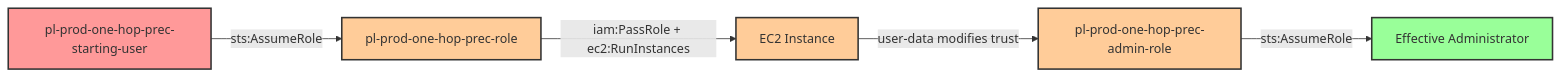
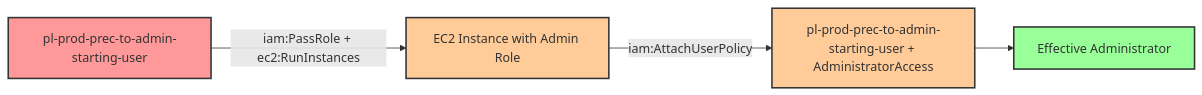
Before and after one commit to DataDog/pathfinding-labs: the diagram in modules/scenarios/single-account/privesc-one-hop/to-admin/iam-passrole+ec2-runinstances/README.md, drawn with Mermaid. The commit also changed other lines of this file and 127 other files, not shown here.

````diff
--- a/modules/scenarios/single-account/privesc-one-hop/to-admin/iam-passrole+ec2-runinstances/README.md
+++ b/modules/scenarios/single-account/privesc-one-hop/to-admin/iam-passrole+ec2-runinstances/README.md
@@ -23,13 +26,11 @@
 ```mermaid
 graph LR
-    A[pl-prod-one-hop-prec-starting-user] -->|sts:AssumeRole| B[pl-prod-one-hop-prec-role]
-    B -->|iam:PassRole + ec2:RunInstances| C[EC2 Instance]
-    C -->|user-data modifies trust| D[pl-prod-one-hop-prec-admin-role]
-    D -->|sts:AssumeRole| E[Effective Administrator]
+    A[pl-prod-prec-to-admin-starting-user] -->|iam:PassRole + ec2:RunInstances| B[EC2 Instance with Admin Role]
+    B -->|iam:AttachUserPolicy| C[pl-prod-prec-to-admin-starting-user + AdministratorAccess]
+    C --> D[Effective Administrator]
 
     style A fill:#ff9999,stroke:#333,stroke-width:2px
     style B fill:#ffcc99,stroke:#333,stroke-width:2px
     style C fill:#ffcc99,stroke:#333,stroke-width:2px
-    style D fill:#ffcc99,stroke:#333,stroke-width:2px
-    style E fill:#99ff99,stroke:#333,stroke-width:2px
+    style D fill:#99ff99,stroke:#333,stroke-width:2px
 ```
````
